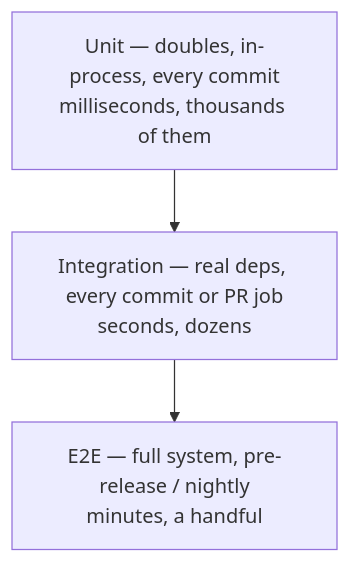
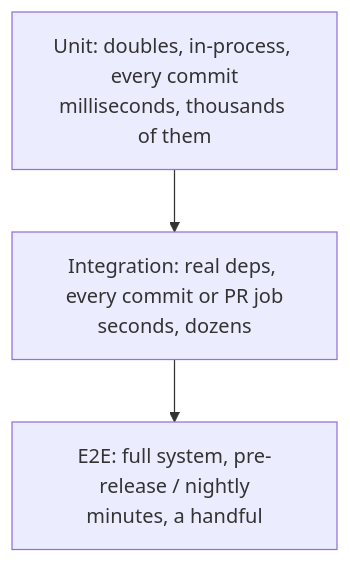
One commit to TharunKumarReddyPolu/Go-Handbook-for-Software-Engineers changed the diagram in 10-testing/03-integration-and-e2e.md. Above: the diagram before and after it, drawn with Mermaid. The commit also changed other lines of this file and 84 other files, not shown here.

````diff
--- a/10-testing/03-integration-and-e2e.md
+++ b/10-testing/03-integration-and-e2e.md
@@ -13,6 +13,6 @@
 ```mermaid
 flowchart TD
-    U["Unit — doubles, in-process, every commit<br/>milliseconds, thousands of them"] -->
-    I["Integration — real deps, every commit or PR job<br/>seconds, dozens"] -->
-    E["E2E — full system, pre-release / nightly<br/>minutes, a handful"]
+    U["Unit: doubles, in-process, every commit<br/>milliseconds, thousands of them"] -->
+    I["Integration: real deps, every commit or PR job<br/>seconds, dozens"] -->
+    E["E2E: full system, pre-release / nightly<br/>minutes, a handful"]
 ```
````
